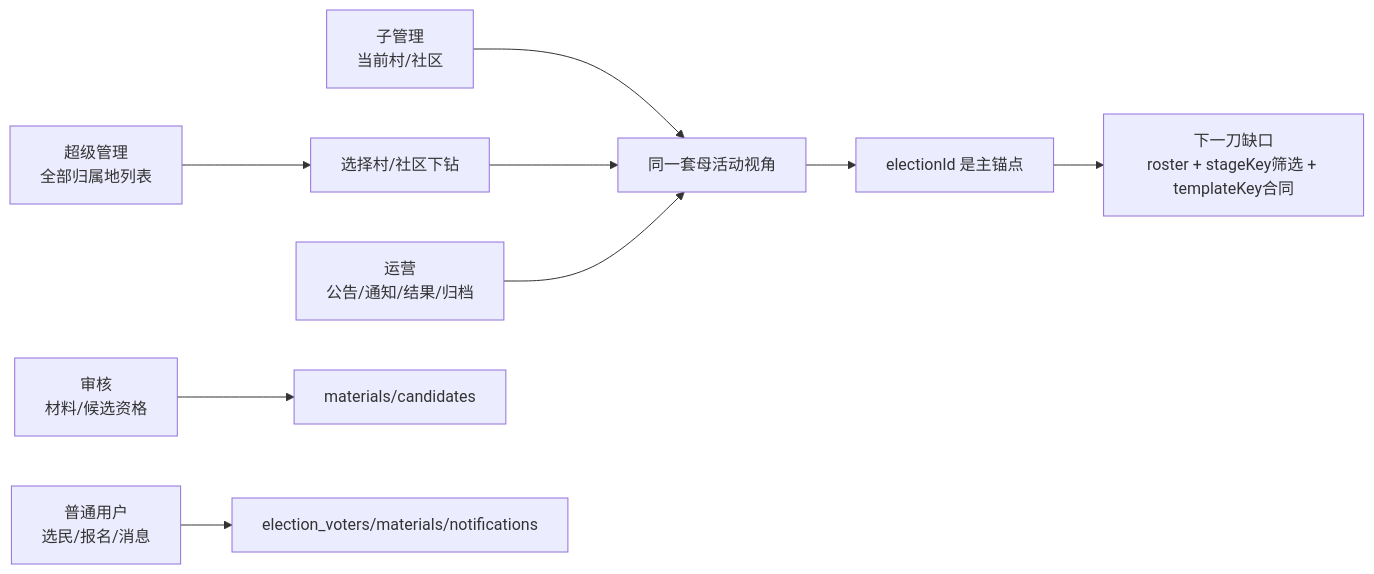
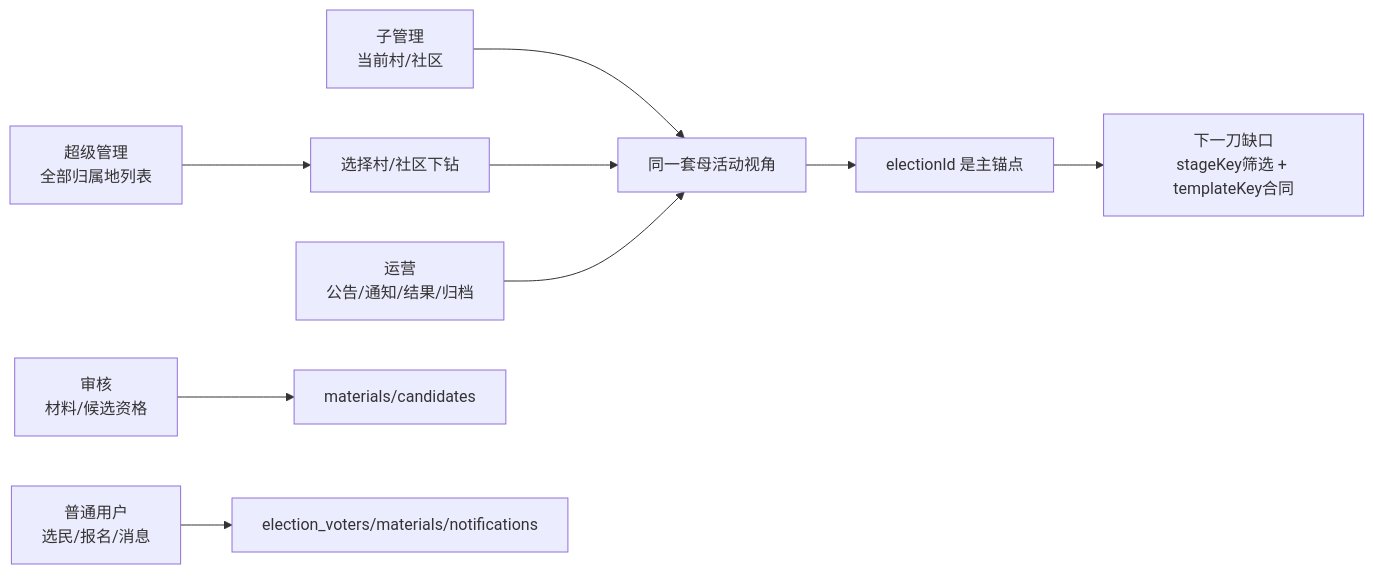
Before and after one commit to 4xiaxia/election-v2: the fifth of 7 diagrams in 副船长的航海接力日志/当前接力图.md, drawn with Mermaid. The commit also changed other lines of this file and 11 other files, not shown here.

````diff
--- a/副船长的航海接力日志/当前接力图.md
+++ b/副船长的航海接力日志/当前接力图.md
@@ -67,11 +69,11 @@
 ```mermaid
 flowchart LR
     Sub[子管理<br/>当前村/社区] --> Same[同一套母活动视角]
     Super[超级管理<br/>全部归属地列表] --> Down[选择村/社区下钻]
     Down --> Same
     Operator[运营<br/>公告/通知/结果/归档] --> Same
     Reviewer[审核<br/>材料/候选资格] --> Mat[materials/candidates]
     User[普通用户<br/>选民/报名/消息] --> EV[election_voters/materials/notifications]
     Same --> EID[electionId 是主锚点]
-    EID --> Gap[下一刀缺口<br/>roster + stageKey筛选 + templateKey合同]
+    EID --> Gap[下一刀缺口<br/>stageKey筛选 + templateKey合同]
 ```
````
